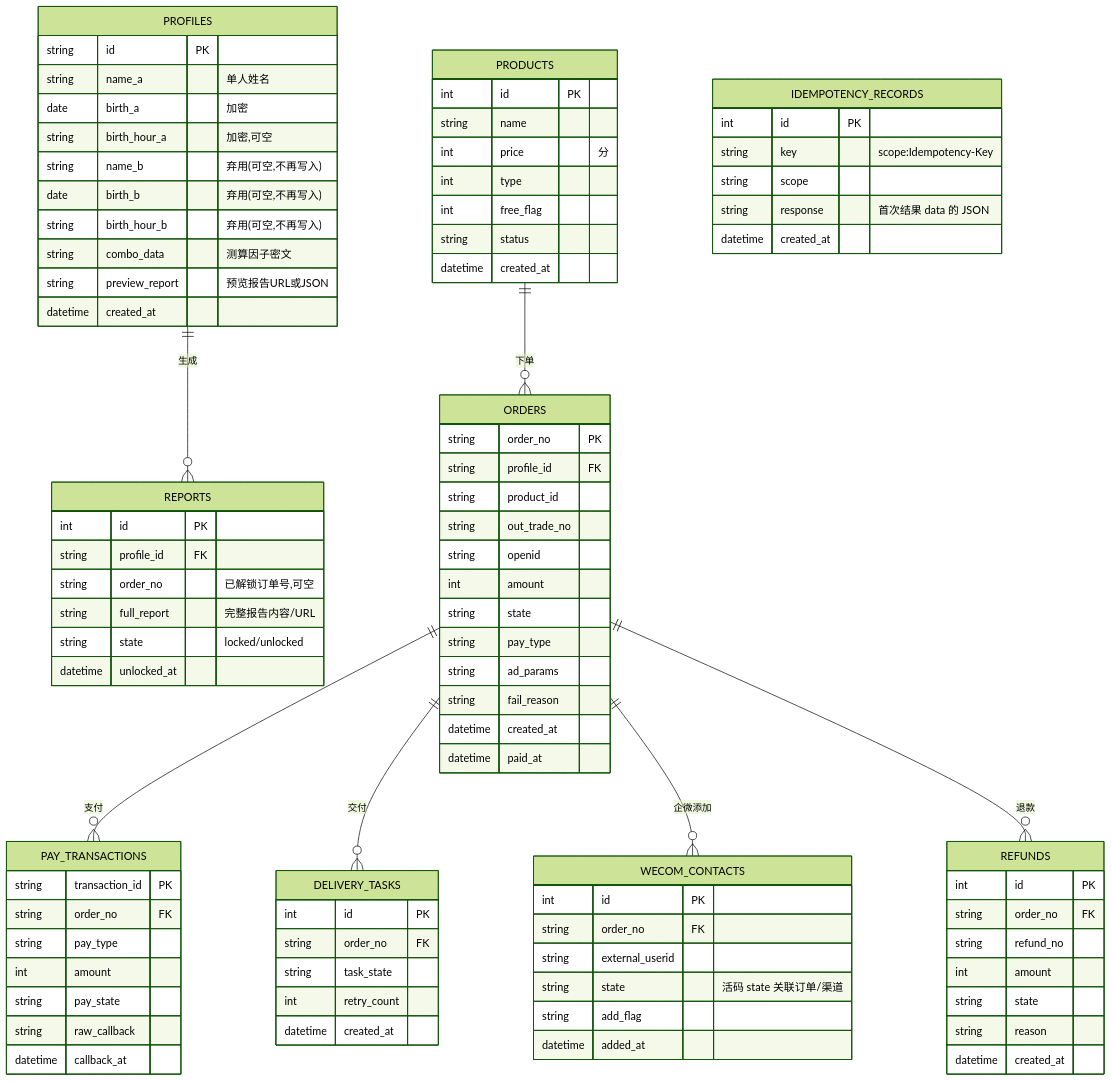
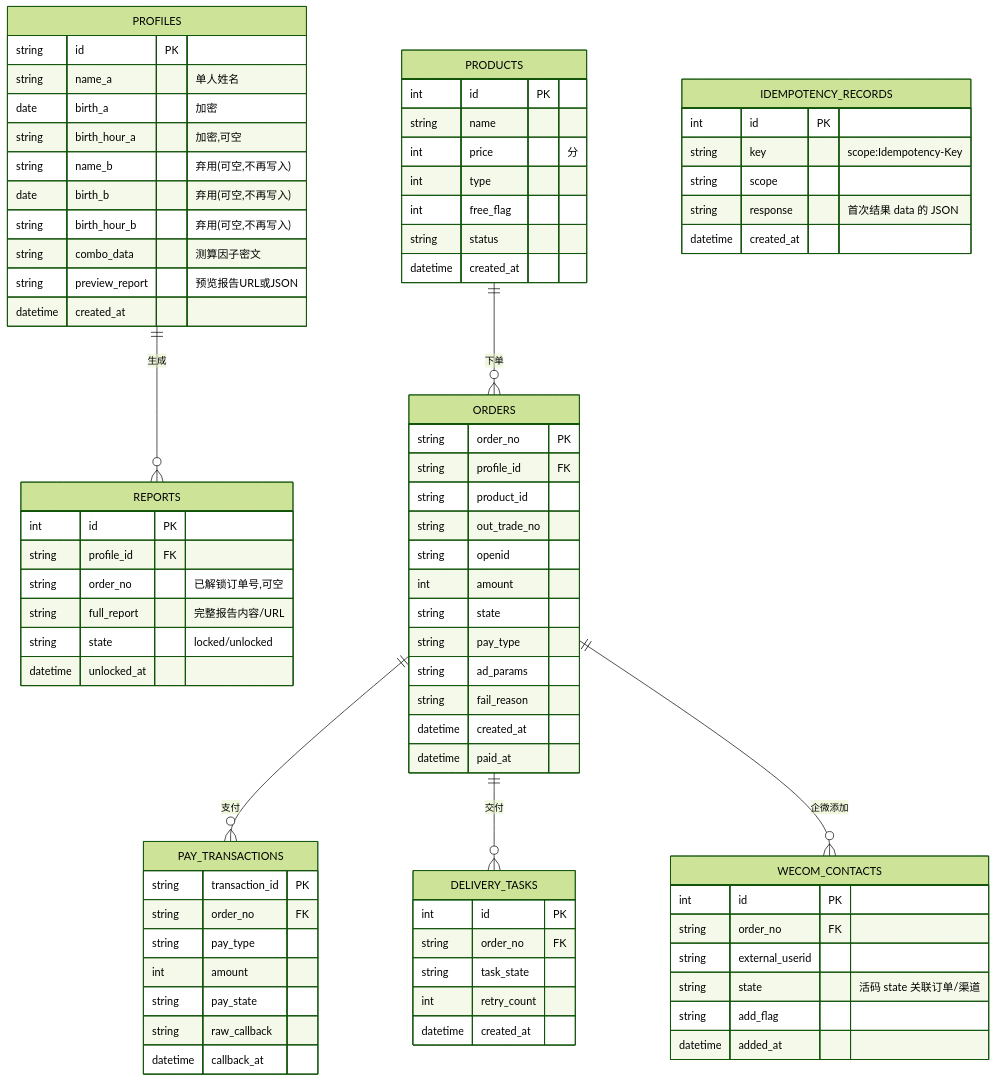
Before and after one commit to LiquorXR/yycs: the fifth of 5 diagrams in doc/开发文档.md, drawn with Mermaid (forest theme). The commit also changed other lines of this file and 1 other file, not shown here.

````diff
--- a/doc/开发文档.md
+++ b/doc/开发文档.md
@@ -248,15 +244,6 @@
         string add_flag
         datetime added_at
     }
-    REFUNDS {
-        int id PK
-        string order_no FK
-        string refund_no
-        int amount
-        string state
-        string reason
-        datetime created_at
-    }
     IDEMPOTENCY_RECORDS {
         int id PK
         string key "scope:Idempotency-Key"
@@ -270,5 +257,4 @@
     ORDERS ||--o{ PAY_TRANSACTIONS : "支付"
     ORDERS ||--o{ DELIVERY_TASKS : "交付"
     ORDERS ||--o{ WECOM_CONTACTS : "企微添加"
-    ORDERS ||--o{ REFUNDS : "退款"
 ```
````
